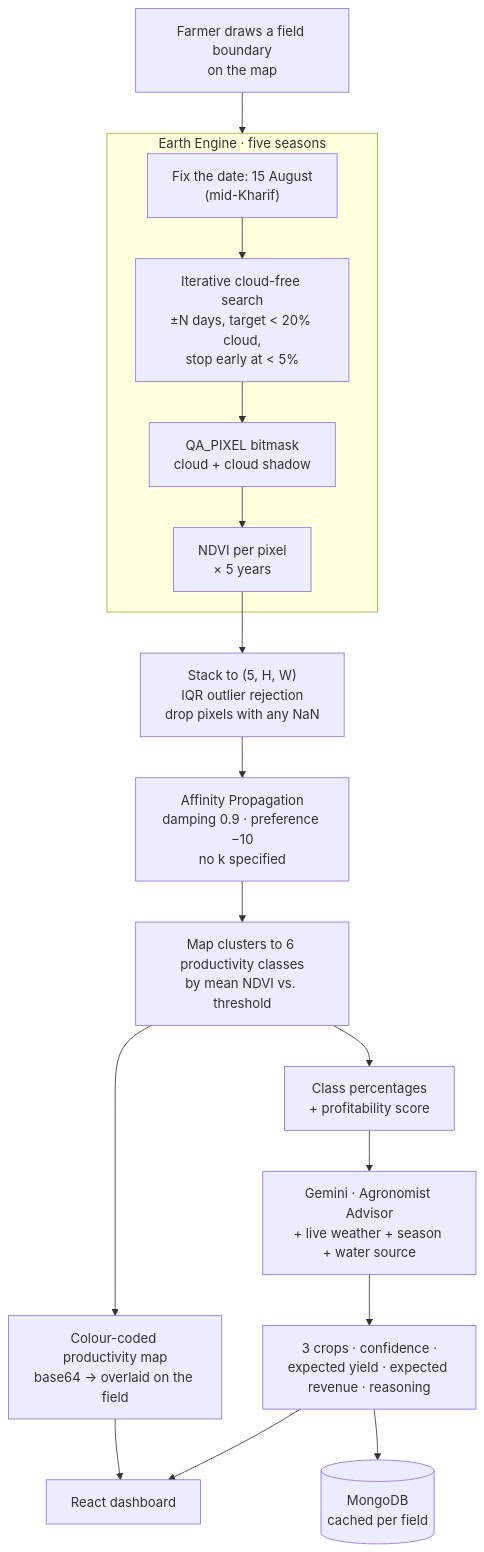
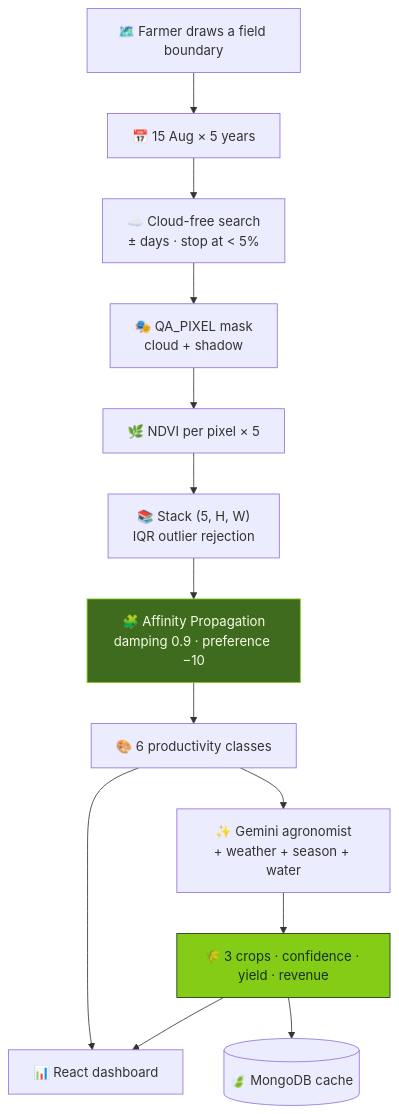
One commit to Vishal-AS-0407/portfolio changed the diagram in gh-readmes/Agrizon/README.md. Above: the diagram before and after it, drawn with Mermaid. The commit also changed other lines of this file and 62 other files, not shown here.

````diff
--- a/gh-readmes/Agrizon/README.md
+++ b/gh-readmes/Agrizon/README.md
@@ -41,23 +87,17 @@
 ```mermaid
-flowchart TB
-    DRAW["Farmer draws a field boundary<br/>on the map"] --> EE
-
-    subgraph EE["Earth Engine · five seasons"]
-        D["Fix the date: 15 August<br/>(mid-Kharif)"]
-        D --> SEARCH["Iterative cloud-free search<br/>±N days, target < 20% cloud,<br/>stop early at < 5%"]
-        SEARCH --> MASK["QA_PIXEL bitmask<br/>cloud + cloud shadow"]
-        MASK --> NDVI["NDVI per pixel<br/>× 5 years"]
-    end
-
-    NDVI --> STACK["Stack to (5, H, W)<br/>IQR outlier rejection<br/>drop pixels with any NaN"]
-    STACK --> AP["Affinity Propagation<br/>damping 0.9 · preference −10<br/>no k specified"]
-    AP --> MAP["Map clusters to 6 productivity classes<br/>by mean NDVI vs. threshold"]
-    MAP --> PCT["Class percentages<br/>+ profitability score"]
-
-    PCT --> GEM["Gemini · Agronomist Advisor<br/>+ live weather + season + water source"]
-    GEM --> OUT["3 crops · confidence ·<br/>expected yield · expected revenue · reasoning"]
-
-    MAP --> IMG["Colour-coded productivity map<br/>base64 → overlaid on the field"]
-    OUT & IMG --> UI["React dashboard"]
-    OUT --> DB[("MongoDB<br/>cached per field")]
+flowchart TD
+    DRAW["🗺️ Farmer draws a field boundary"] --> D["📅 15 Aug × 5 years"]
+    D --> SEARCH["☁️ Cloud-free search<br/>± days · stop at < 5%"]
+    SEARCH --> MASK["🎭 QA_PIXEL mask<br/>cloud + shadow"]
+    MASK --> NDVI["🌿 NDVI per pixel × 5"]
+    NDVI --> STACK["📚 Stack (5, H, W)<br/>IQR outlier rejection"]
+    STACK --> AP["🧩 Affinity Propagation<br/>damping 0.9 · preference −10"]
+    AP --> MAP["🎨 6 productivity classes"]
+    MAP --> GEM["✨ Gemini agronomist<br/>+ weather + season + water"]
+    GEM --> OUT["🌾 3 crops · confidence · yield · revenue"]
+    MAP --> UI["📊 React dashboard"]
+    OUT --> UI
+    OUT --> DB[("🍃 MongoDB cache")]
+    style AP fill:#3F6B1E,stroke:#84CC16,color:#F7FEE7
+    style OUT fill:#84CC16,stroke:#14321F,color:#14321F
 ```
````
